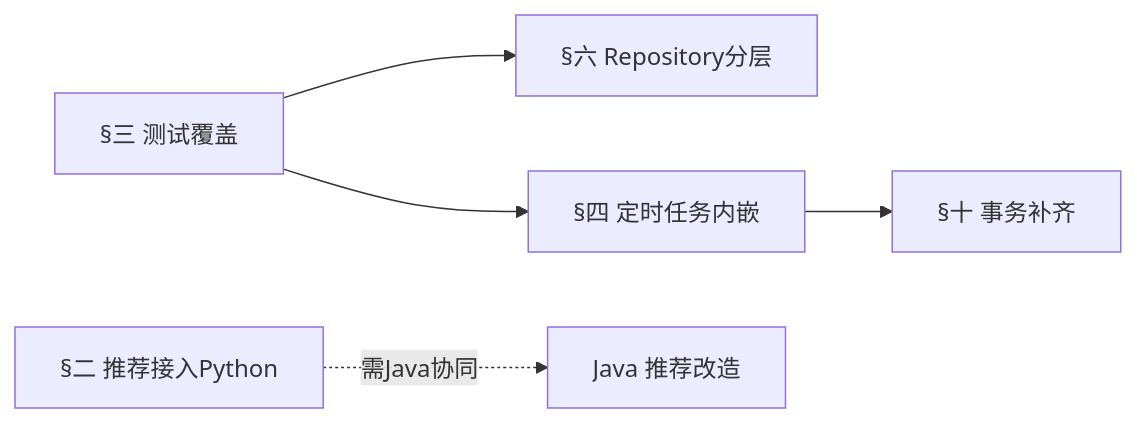
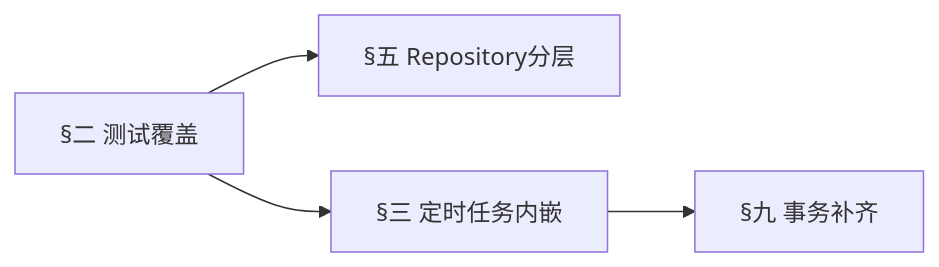
The diagram in dehaze-doc/docs/05-改造计划/Go后端架构改造计划.md (earthy-zinc/dehaze-system), drawn with Mermaid before and after one commit. The commit also changed other lines of this file and 119 other files, not shown here.

````diff
--- a/dehaze-doc/docs/05-改造计划/Go后端架构改造计划.md
+++ b/dehaze-doc/docs/05-改造计划/Go后端架构改造计划.md
@@ -255,7 +207,6 @@
 ```mermaid
 flowchart LR
-    T["§三 测试覆盖"] --> L["§六 Repository分层"]
-    T --> S["§四 定时任务内嵌"]
-    S --> J["§十 事务补齐"]
-    R["§二 推荐接入Python"] -.需Java协同.-> JavaSync["Java 推荐改造"]
+    T["§二 测试覆盖"] --> L["§五 Repository分层"]
+    T --> S["§三 定时任务内嵌"]
+    S --> J["§九 事务补齐"]
 ```
````
